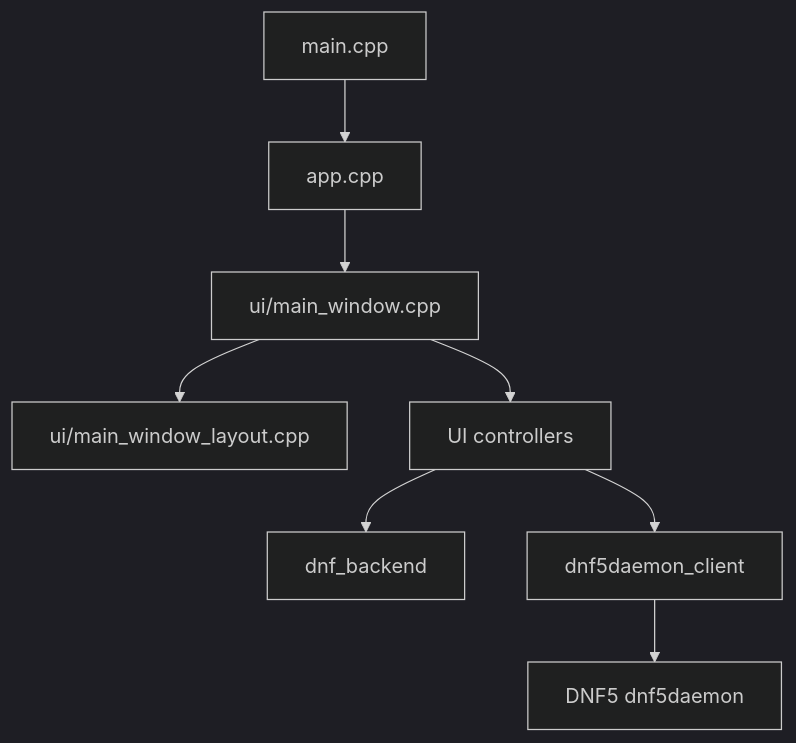
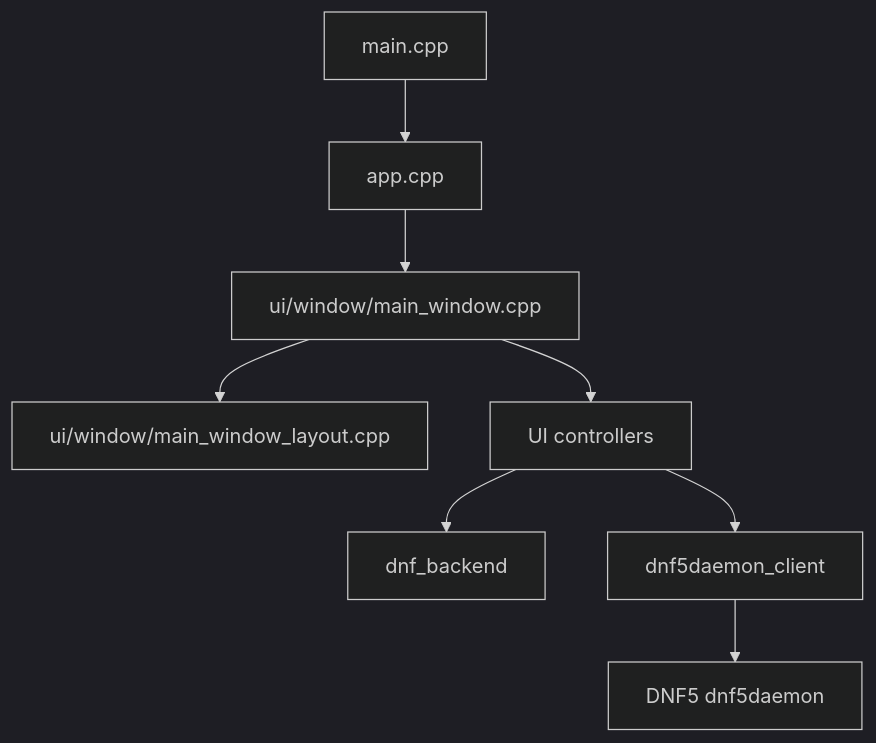
The first of 4 diagrams in docs/architecture.md (dnfui/dnf-ui), drawn with Mermaid (dark theme) before and after one commit. The commit also changed other lines of this file and 104 other files, not shown here.

````diff
--- a/docs/architecture.md
+++ b/docs/architecture.md
@@ -48,10 +48,10 @@
 ```mermaid
 flowchart TD
     Main[main.cpp] --> App[app.cpp]
-    App --> Window[ui/main_window.cpp]
-    Window --> Layout[ui/main_window_layout.cpp]
+    App --> Window[ui/window/main_window.cpp]
+    Window --> Layout[ui/window/main_window_layout.cpp]
     Window --> Controllers[UI controllers]
     Controllers --> Backend[dnf_backend]
     Controllers --> Client[dnf5daemon_client]
     Client --> Daemon[DNF5 dnf5daemon]
 ```
````
